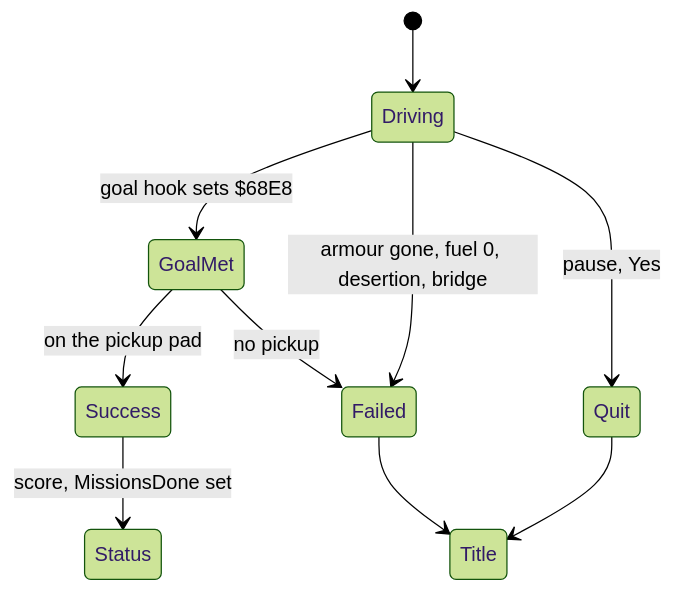
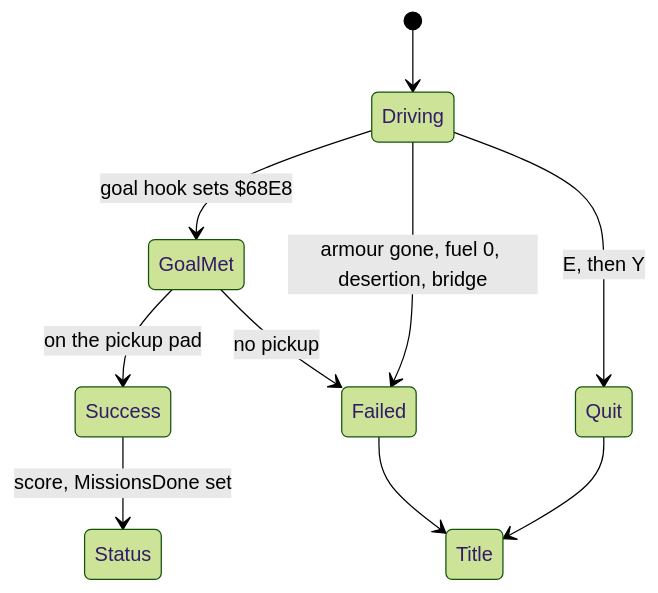
One commit to alfishe/unrealng-reverse-cases changed the fourth of 5 diagrams in games/battle-command/docs/01-game-design.md. Above: the diagram before and after it, drawn with Mermaid (forest theme). The commit also changed other lines of this file and 75 other files, not shown here.

````diff
--- a/games/battle-command/docs/01-game-design.md
+++ b/games/battle-command/docs/01-game-design.md
@@ -328,12 +337,12 @@
 ```mermaid
 stateDiagram-v2
     [*] --> Driving
     Driving --> GoalMet: goal hook sets $68E8
     GoalMet --> Success: on the pickup pad
     GoalMet --> Failed: no pickup
     Driving --> Failed: armour gone, fuel 0, desertion, bridge
-    Driving --> Quit: pause, Yes
+    Driving --> Quit: E, then Y
     Success --> Status: score, MissionsDone set
     Failed --> Title
     Quit --> Title
 ```
````
